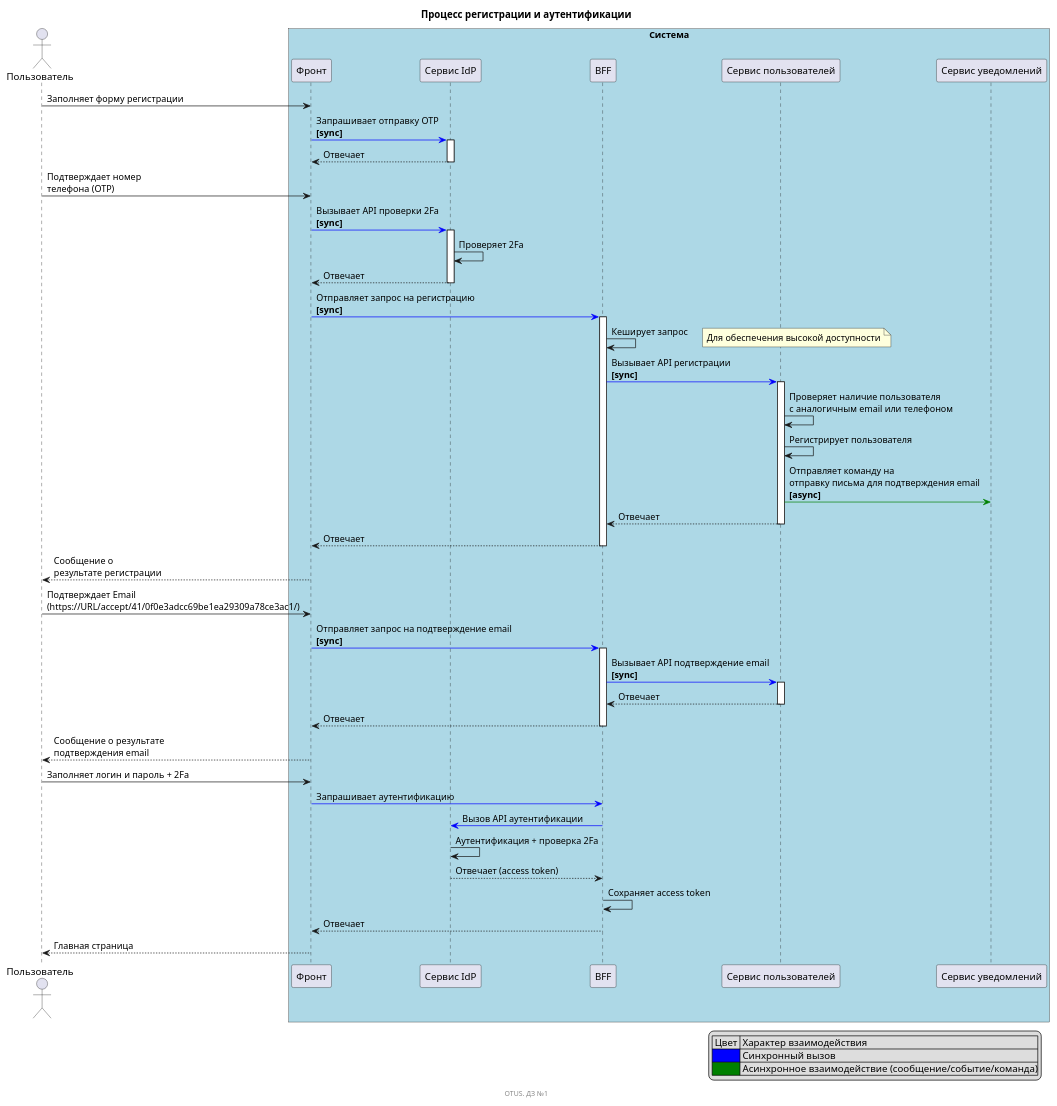
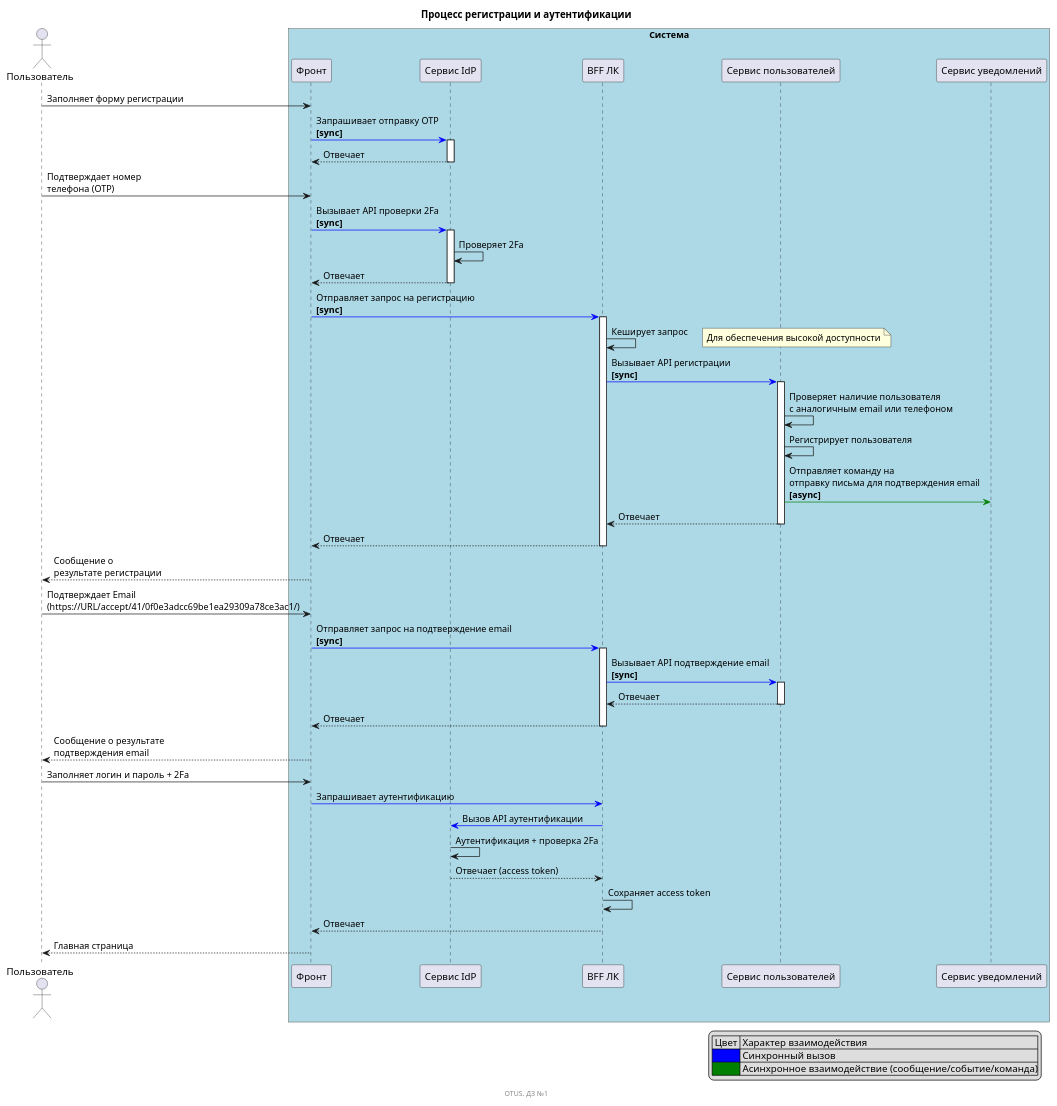
One commit to jetio/microservices_architecture_otus changed the diagram in Homework_1/Sequence_Registration.puml. Above: the diagram before and after it, drawn with PlantUML. The commit also changed 12 other files, not shown here.

Commit message:
[HW_1] Доработаны диаграммы

```diff
--- a/Homework_1/Sequence_Registration.puml
+++ b/Homework_1/Sequence_Registration.puml
@@ -1,59 +1,59 @@
 @startuml
 title Процесс регистрации и аутентификации
 footer OTUS. ДЗ №1
 
 actor "Пользователь" as USER order 1
 
 box "Система" #LightBlue
     participant "Фронт" as FRONT order 10
     participant "Сервис IdP" as SERVICE_IDP order 20
-    participant "BFF" as BFF order 30
+    participant "BFF ЛК" as BFF order 30
     participant "Сервиc пользователей" as SERVICE_USERS order 40
     participant "Сервис уведомлений" as SERVICE_NOTIFICATION order 50
 end box
 
 USER -> FRONT : Заполняет форму регистрации
 
 FRONT -[#blue]> SERVICE_IDP ++: Запрашивает отправку OTP\n<b>[sync]
 SERVICE_IDP --> FRONT --: Отвечает
 
 USER -> FRONT : Подтверждает номер\nтелефона (OTP)
 FRONT -[#blue]> SERVICE_IDP ++ : Вызывает API проверки 2Fa\n<b>[sync]
 SERVICE_IDP -> SERVICE_IDP : Проверяет 2Fa
 SERVICE_IDP --> FRONT -- : Отвечает
 
 FRONT -[#blue]> BFF ++ : Отправляет запрос на регистрацию\n<b>[sync]
 BFF -> BFF : Кеширует запрос
 note right : Для обеспечения высокой доступности
 
 BFF -[#blue]> SERVICE_USERS ++: Вызывает API регистрации\n<b>[sync]
 SERVICE_USERS -> SERVICE_USERS : Проверяет наличие пользователя\nс аналогичным email или телефоном
 SERVICE_USERS -> SERVICE_USERS : Регистрирует пользователя
 SERVICE_USERS -[#green]> SERVICE_NOTIFICATION : Отправляет команду на\nотправку письма для подтверждения email\n<b>[async]
 SERVICE_USERS --> BFF -- : Отвечает
 BFF --> FRONT -- : Отвечает
 FRONT --> USER : Сообщение о\nрезультате регистрации
 
 USER -> FRONT : Подтверждает Email\n(https://URL/accept/41/0f0e3adcc69be1ea29309a78ce3ac1/)
 FRONT -[#blue]> BFF ++ : Отправляет запрос на подтверждение email\n<b>[sync]
 BFF -[#blue]> SERVICE_USERS ++: Вызывает API подтверждение email\n<b>[sync]
 SERVICE_USERS --> BFF -- : Отвечает
 BFF --> FRONT -- : Отвечает
 FRONT --> USER : Сообщение о результате\nподтверждения email
 
 USER -> FRONT : Заполняет логин и пароль + 2Fa
 FRONT -[#blue]> BFF : Запрашивает аутентификацию
 BFF -[#blue]> SERVICE_IDP : Вызов API аутентификации
 SERVICE_IDP -> SERVICE_IDP : Аутентификация + проверка 2Fa
 SERVICE_IDP --> BFF : Отвечает (access token)
 BFF -> BFF : Сохраняет access token
 BFF --> FRONT -- : Отвечает
 FRONT --> USER : Главная страница
 
 legend right
 | Цвет | Характер взаимодействия |
 |<#Blue>| Синхронный вызов |
 |<#Green>| Асинхронное взаимодействие (сообщение/событие/команда)|
 end legend
 
 @enduml
```
